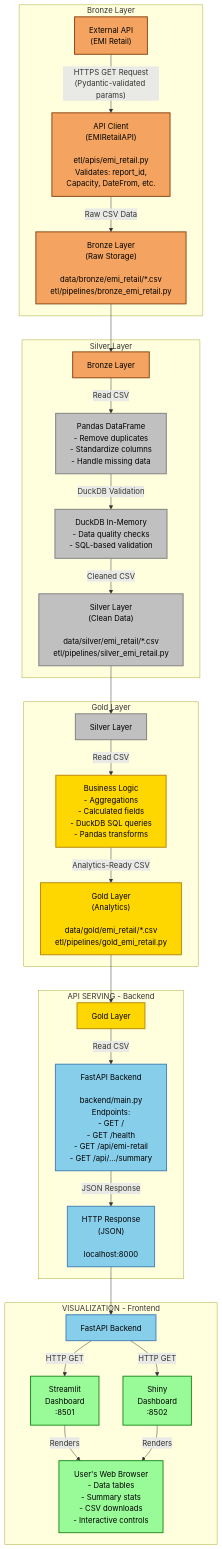
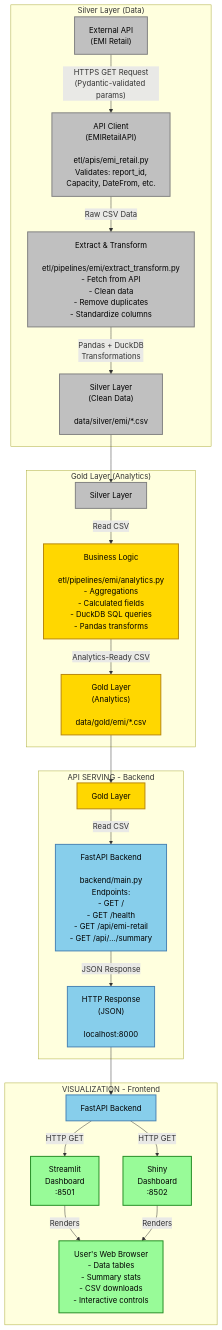
Before and after one commit to good-data-institute/rewiring-aotearoa-electrification-progress-tracker: the first of 3 diagrams in docs/ARCHITECTURE.md, drawn with Mermaid. The commit also changed other lines of this file and 12 other files, not shown here.

````diff
--- a/docs/ARCHITECTURE.md
+++ b/docs/ARCHITECTURE.md
@@ -7,69 +7,57 @@
 ```mermaid
 flowchart TB
-    subgraph "Bronze Layer"
+    subgraph "Silver Layer (Data)"
         API["External API<br/>(EMI Retail)"]
         APIClient["API Client<br/>(EMIRetailAPI)<br/><br/>etl/apis/emi_retail.py<br/>Validates: report_id,<br/>Capacity, DateFrom, etc."]
-        Bronze["Bronze Layer<br/>(Raw Storage)<br/><br/>data/bronze/emi_retail/*.csv<br/>etl/pipelines/bronze_emi_retail.py"]
+        ExtractTransform["Extract & Transform<br/><br/>etl/pipelines/emi/extract_transform.py<br/>- Fetch from API<br/>- Clean data<br/>- Remove duplicates<br/>- Standardize columns"]
+        Silver["Silver Layer<br/>(Clean Data)<br/><br/>data/silver/emi/*.csv"]
 
         API -->|"HTTPS GET Request<br/>(Pydantic-validated params)"| APIClient
-        APIClient -->|"Raw CSV Data"| Bronze
+        APIClient -->|"Raw CSV Data"| ExtractTransform
+        ExtractTransform -->|"Pandas + DuckDB<br/>Transformations"| Silver
     end
 
-    subgraph "Silver Layer"
-        Bronze2["Bronze Layer"]
-        Pandas["Pandas DataFrame<br/>- Remove duplicates<br/>- Standardize columns<br/>- Handle missing data"]
-        DuckDB["DuckDB In-Memory<br/>- Data quality checks<br/>- SQL-based validation"]
-        Silver["Silver Layer<br/>(Clean Data)<br/><br/>data/silver/emi_retail/*.csv<br/>etl/pipelines/silver_emi_retail.py"]
-
-        Bronze2 -->|"Read CSV"| Pandas
-        Pandas -->|"DuckDB Validation"| DuckDB
-        DuckDB -->|"Cleaned CSV"| Silver
-    end
-
-    subgraph "Gold Layer"
+    subgraph "Gold Layer (Analytics)"
         Silver2["Silver Layer"]
-        Business["Business Logic<br/>- Aggregations<br/>- Calculated fields<br/>- DuckDB SQL queries<br/>- Pandas transforms"]
-        Gold["Gold Layer<br/>(Analytics)<br/><br/>data/gold/emi_retail/*.csv<br/>etl/pipelines/gold_emi_retail.py"]
+        Business["Business Logic<br/><br/>etl/pipelines/emi/analytics.py<br/>- Aggregations<br/>- Calculated fields<br/>- DuckDB SQL queries<br/>- Pandas transforms"]
+        Gold["Gold Layer<br/>(Analytics)<br/><br/>data/gold/emi/*.csv"]
 
         Silver2 -->|"Read CSV"| Business
         Business -->|"Analytics-Ready CSV"| Gold
     end
 
     subgraph "API SERVING - Backend"
         Gold2["Gold Layer"]
         FastAPI["FastAPI Backend<br/><br/>backend/main.py<br/>Endpoints:<br/>- GET /<br/>- GET /health<br/>- GET /api/emi-retail<br/>- GET /api/.../summary"]
         HTTP["HTTP Response<br/>(JSON)<br/><br/>localhost:8000"]
 
         Gold2 -->|"Read CSV"| FastAPI
         FastAPI -->|"JSON Response"| HTTP
     end
 
     subgraph "VISUALIZATION - Frontend"
         Backend["FastAPI Backend"]
         Streamlit["Streamlit<br/>Dashboard<br/>:8501"]
         Shiny["Shiny<br/>Dashboard<br/>:8502"]
         Browser["User's Web Browser<br/>- Data tables<br/>- Summary stats<br/>- CSV downloads<br/>- Interactive controls"]
 
         Backend -->|"HTTP GET"| Streamlit
         Backend -->|"HTTP GET"| Shiny
         Streamlit -->|"Renders"| Browser
         Shiny -->|"Renders"| Browser
     end
 
-    Bronze --> Bronze2
     Silver --> Silver2
     Gold --> Gold2
     HTTP --> Backend
 
-    classDef bronzeStyle color:#000000,fill:#f4a460,stroke:#8b4513,stroke-width:2px
     classDef silverStyle color:#000000,fill:#c0c0c0,stroke:#808080,stroke-width:2px
     classDef goldStyle color:#000000,fill:#ffd700,stroke:#b8860b,stroke-width:2px
     classDef backendStyle color:#000000,fill:#87ceeb,stroke:#4682b4,stroke-width:2px
     classDef frontendStyle color:#000000,fill:#98fb98,stroke:#228b22,stroke-width:2px
 
-    class API,APIClient,Bronze,Bronze2 bronzeStyle
-    class Pandas,DuckDB,Silver,Silver2 silverStyle
+    class API,APIClient,ExtractTransform,Silver,Silver2 silverStyle
     class Business,Gold,Gold2 goldStyle
     class FastAPI,HTTP,Backend backendStyle
     class Streamlit,Shiny,Browser frontendStyle
 ```
````
